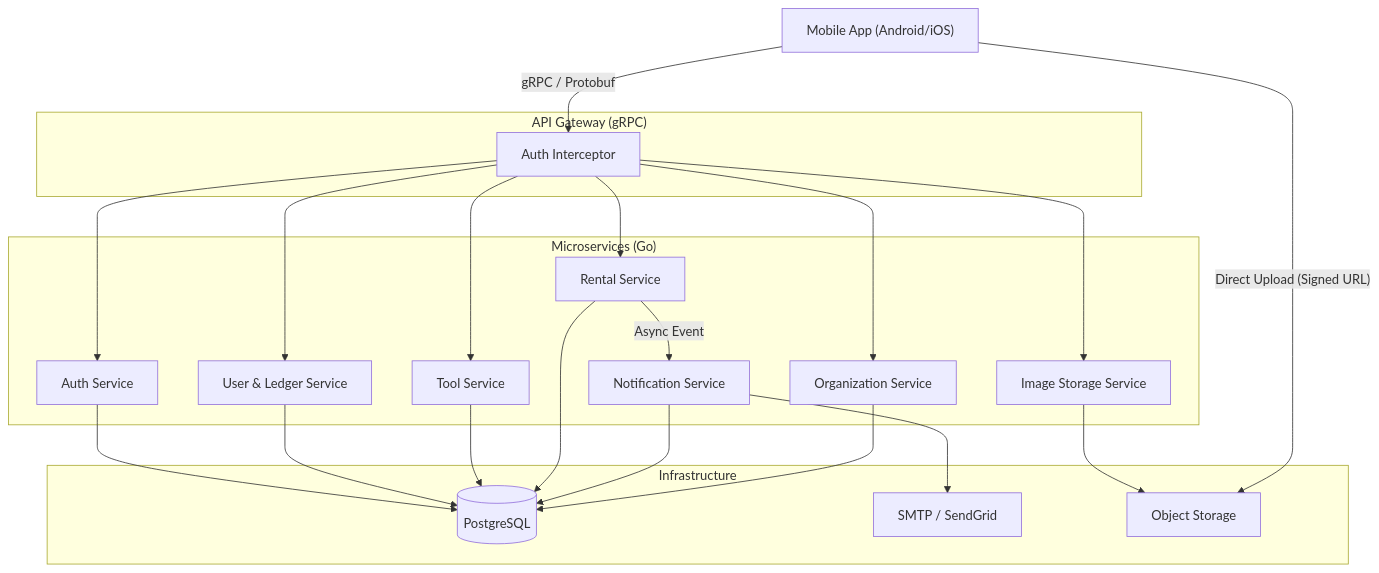
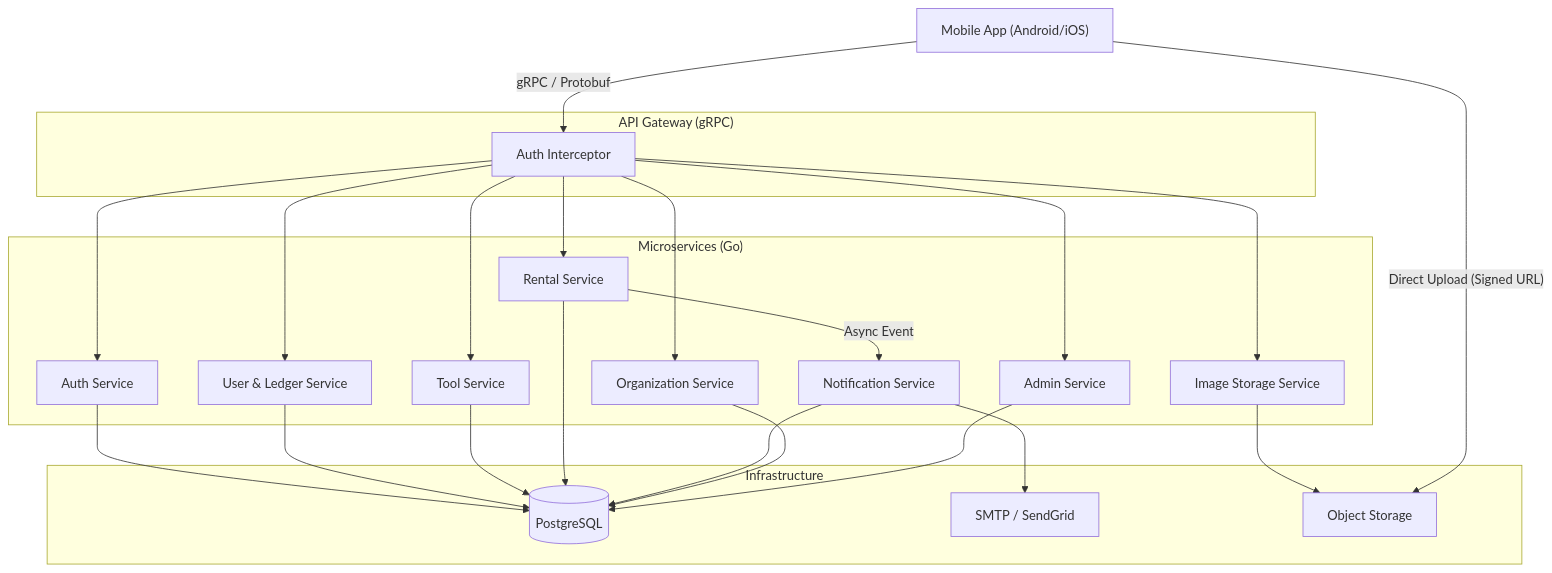
One commit to seanzhou321/ubertool-backend-trusted changed the diagram in docs/design/Architecture-Design.md. Above: the diagram before and after it, drawn with Mermaid. The commit also changed other lines of this file and 25 other files, not shown here.

Commit message:
db schema, proto, design

````diff
--- a/docs/design/Architecture-Design.md
+++ b/docs/design/Architecture-Design.md
@@ -9,46 +9,49 @@
 ```mermaid
 graph TD
     Client["Mobile App (Android/iOS)"]
     
     subgraph "API Gateway (gRPC)"
         AuthGW[Auth Interceptor]
     end
     
     subgraph "Microservices (Go)"
         AuthSvc[Auth Service]
         UserSvc[User & Ledger Service]
         ToolSvc[Tool Service]
         RentalSvc[Rental Service]
         NotifSvc[Notification Service]
         ImageStorageSvc[Image Storage Service]
         OrgSvc[Organization Service]
+        AdminSvc[Admin Service]
     end
     
     subgraph "Infrastructure"
         DB[(PostgreSQL)]
         Email[SMTP / SendGrid]
         S3[Object Storage]
     end
     
     Client -->|gRPC / Protobuf| AuthGW
     
     AuthGW --> AuthSvc
     AuthGW --> UserSvc
     AuthGW --> ToolSvc
     AuthGW --> RentalSvc
     AuthGW --> ImageStorageSvc
     AuthGW --> OrgSvc
+    AuthGW --> AdminSvc
     
     AuthSvc --> DB
     UserSvc --> DB
     ToolSvc --> DB
     RentalSvc --> DB
     NotifSvc --> DB
     ImageStorageSvc --> S3
     OrgSvc --> DB
+    AdminSvc --> DB
     
     RentalSvc -->|Async Event| NotifSvc
     NotifSvc --> Email
     
     Client -->|"Direct Upload (Signed URL)"| S3
 ```
````
